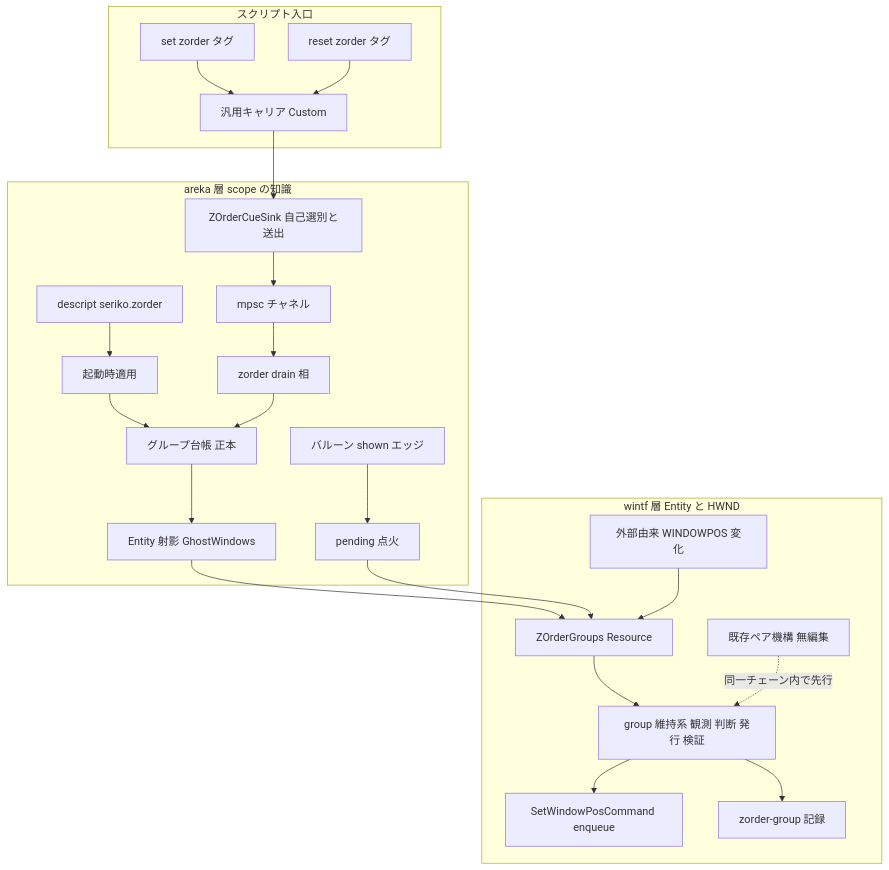
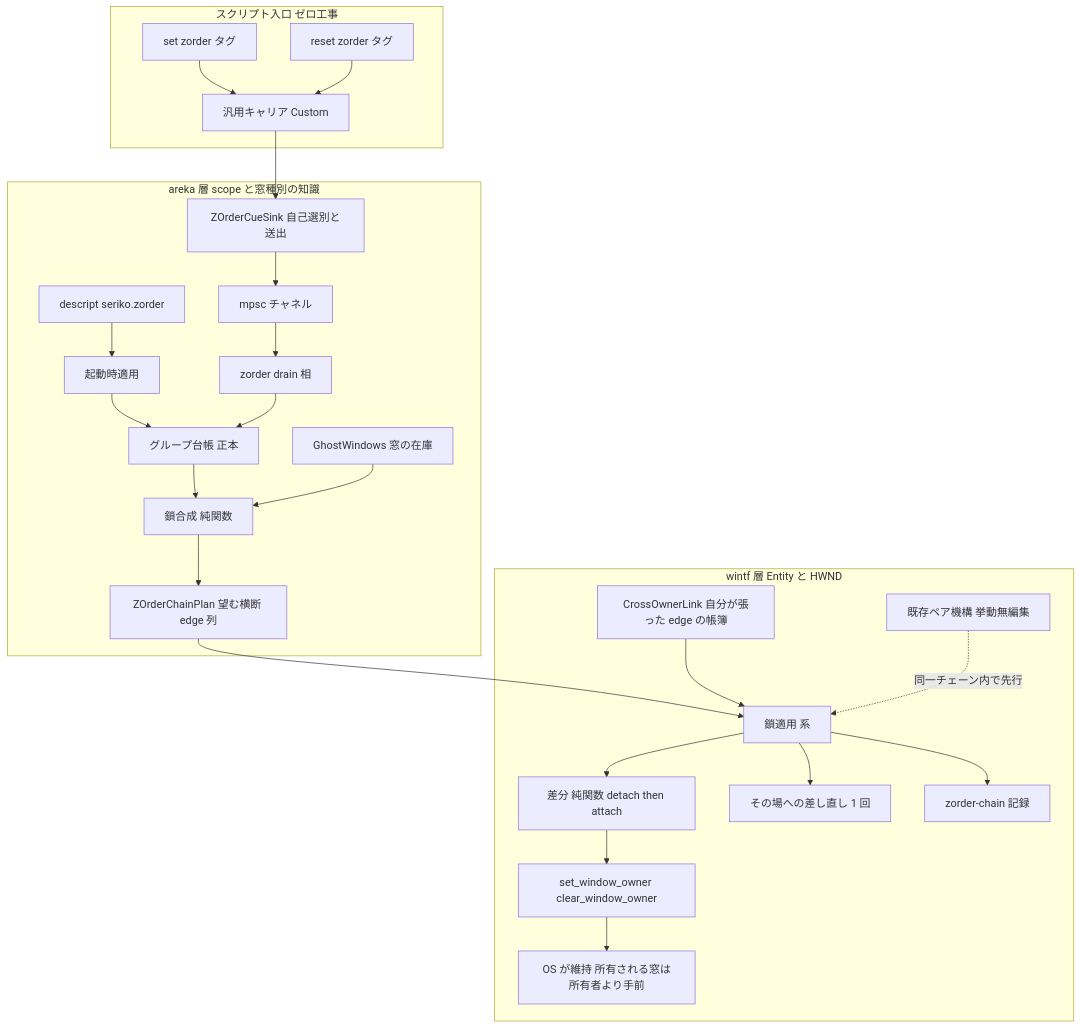
One commit to ekicyou/areka changed the first of 3 diagrams in .kiro/specs/areka-P0-scope-zorder-pinning/design.md. Above: the diagram before and after it, drawn with Mermaid. The commit also changed other lines of this file and 4 other files, not shown here.

First line of the commit message:
docs(areka-P0-scope-zorder-pinning): generate design (design.md) — 所有の鎖・設計前実測 9 檻つき

````diff
--- a/.kiro/specs/areka-P0-scope-zorder-pinning/design.md
+++ b/.kiro/specs/areka-P0-scope-zorder-pinning/design.md
@@ -66,26 +108,28 @@
 ```mermaid
 graph TB
-    subgraph script [スクリプト入口]
+    subgraph script [スクリプト入口 ゼロ工事]
         Tag[set zorder タグ] --> Carrier[汎用キャリア Custom]
         Reset[reset zorder タグ] --> Carrier
     end
-    subgraph arekaSide [areka 層 scope の知識]
+    subgraph arekaSide [areka 層 scope と窓種別の知識]
         Carrier --> Sink[ZOrderCueSink 自己選別と送出]
         Sink --> Chan[mpsc チャネル]
         Chan --> Drain[zorder drain 相]
         Descript[descript seriko.zorder] --> Boot[起動時適用]
         Boot --> Ledger[グループ台帳 正本]
         Drain --> Ledger
-        Ledger --> Project[Entity 射影 GhostWindows]
-        Shown[バルーン shown エッジ] --> PendingA[pending 点火]
+        Ledger --> Compose[鎖合成 純関数]
+        Ghost[GhostWindows 窓の在庫] --> Compose
+        Compose --> Plan[ZOrderChainPlan 望む横断 edge 列]
     end
     subgraph wintfSide [wintf 層 Entity と HWND]
-        Project --> Groups[ZOrderGroups Resource]
-        PendingA --> Groups
-        WinPos[外部由来 WINDOWPOS 変化] --> Groups
-        Groups --> Maintain[group 維持系 観測 判断 発行 検証]
-        Maintain --> Cmd[SetWindowPosCommand enqueue]
-        Maintain --> DiagG[zorder-group 記録]
-        PairChain[既存ペア機構 無編集] -.同一チェーン内で先行.-> Maintain
+        Plan --> Apply[鎖適用 系]
+        Book[CrossOwnerLink 自分が張った edge の帳簿] --> Apply
+        Apply --> Diff[差分 純関数 detach then attach]
+        Diff --> Win32[set_window_owner clear_window_owner]
+        Apply --> Nudge[その場への差し直し 1 回]
+        Apply --> DiagC[zorder-chain 記録]
+        Pair[既存ペア機構 挙動無編集] -.同一チェーン内で先行.-> Apply
+        Win32 --> OS[OS が維持 所有される窓は所有者より手前]
     end
 ```
````
